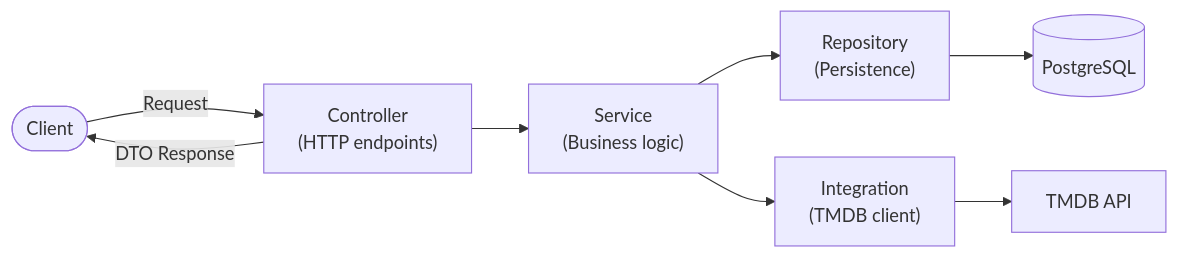
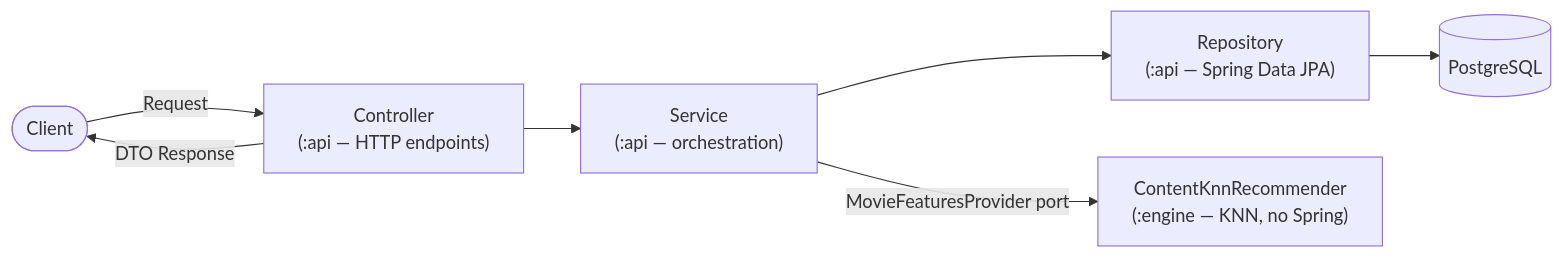
Before and after one commit to P-py/watchToNext: the third of 3 diagrams in docs/architecture.md, drawn with Mermaid. The commit also changed other lines of this file and 4 other files, not shown here.

````diff
--- a/docs/architecture.md
+++ b/docs/architecture.md
@@ -71,18 +76,16 @@
 ```mermaid
 graph LR
   Client([Client])
-  Controller["Controller\n(HTTP endpoints)"]
-  Service["Service\n(Business logic)"]
-  Repository["Repository\n(Persistence)"]
-  Integration["Integration\n(TMDB client)"]
+  Controller["Controller\n(:api — HTTP endpoints)"]
+  Service["Service\n(:api — orchestration)"]
+  Repository["Repository\n(:api — Spring Data JPA)"]
+  Engine["ContentKnnRecommender\n(:engine — KNN, no Spring)"]
   DB[("PostgreSQL")]
-  TMDB["TMDB API"]
 
   Client -->|Request| Controller
   Controller --> Service
   Service --> Repository
   Repository --> DB
-  Service --> Integration
-  Integration --> TMDB
+  Service -->|MovieFeaturesProvider port| Engine
   Controller -->|DTO Response| Client
 ```
````
